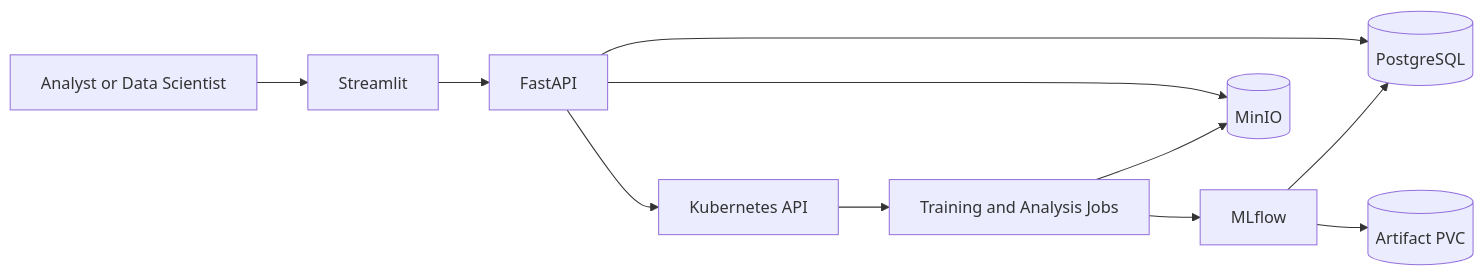
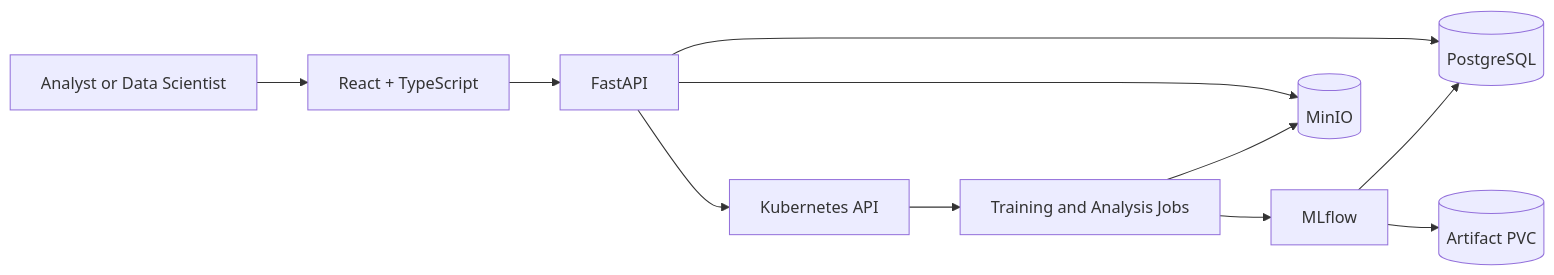
One commit to CharlesMaponya/sceptreAI changed the diagram in README.md. Above: the diagram before and after it, drawn with Mermaid. The commit also changed other lines of this file and 31 other files, not shown here.

First line of the commit message:
feat: migrate UI to React with TypeScript and Vite

````diff
--- a/README.md
+++ b/README.md
@@ -150,13 +150,13 @@
 ```mermaid
 flowchart LR
-    User[Analyst or Data Scientist] --> UI[Streamlit]
+    User[Analyst or Data Scientist] --> UI[React + TypeScript]
     UI --> API[FastAPI]
     API --> PG[(PostgreSQL)]
     API --> MINIO[(MinIO)]
     API --> K8S[Kubernetes API]
     K8S --> JOBS[Training and Analysis Jobs]
     JOBS --> MINIO
     JOBS --> MLFLOW[MLflow]
     MLFLOW --> PG
     MLFLOW --> PVC[(Artifact PVC)]
 ```
````
